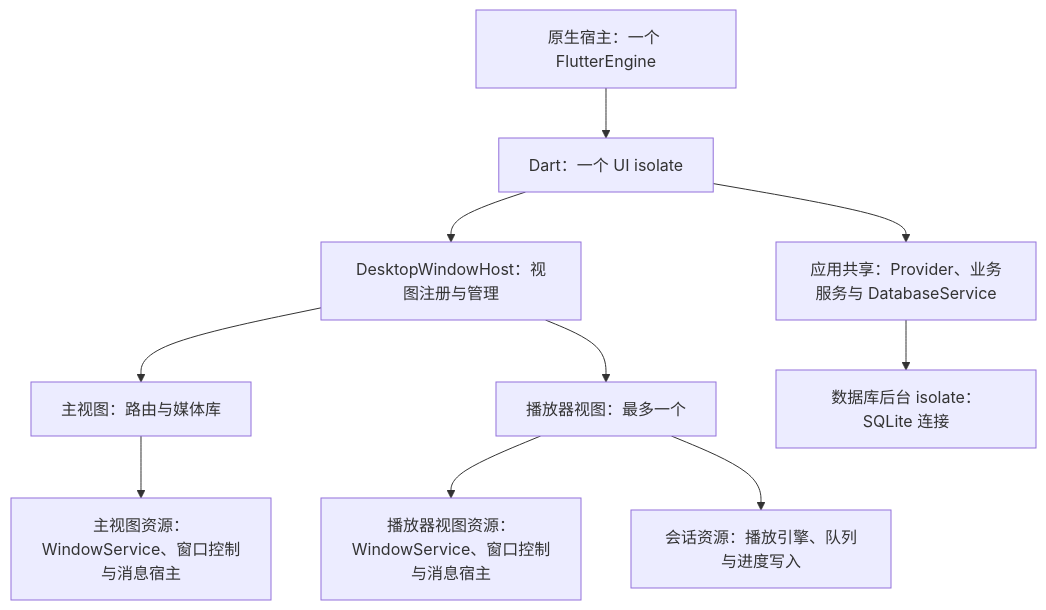
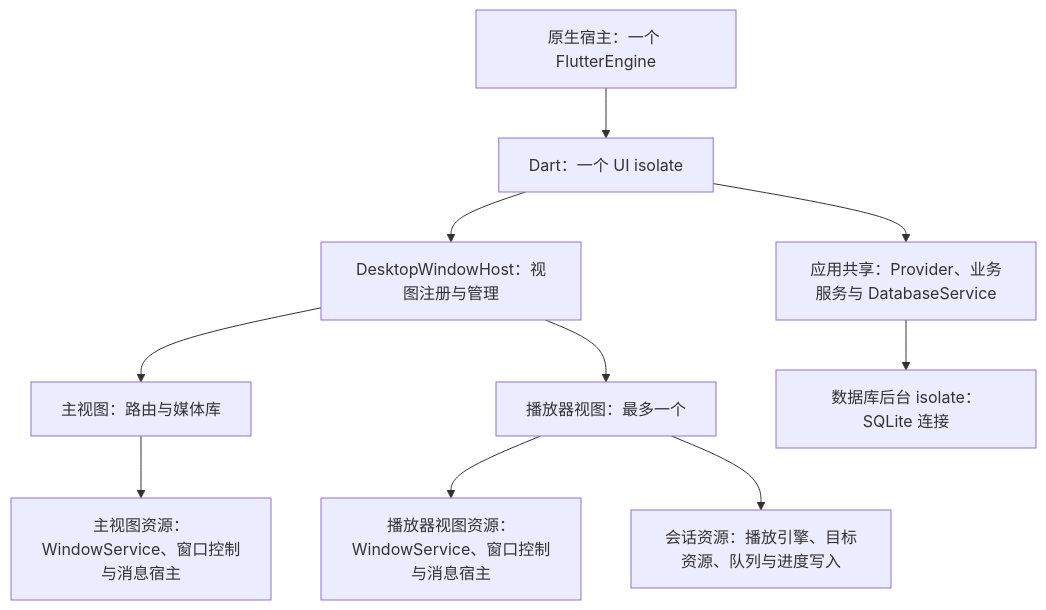
The third of 3 diagrams in docs/architecture/overview.md (sen-to/mochi_player), drawn with Mermaid before and after one commit. The commit also changed other lines of this file and 22 other files, not shown here.

Commit message:
docs: streamline architecture and development documentation

````diff
--- a/docs/architecture/overview.md
+++ b/docs/architecture/overview.md
@@ -182,12 +91,12 @@
 ```mermaid
 flowchart TB
   Native["原生宿主：一个 FlutterEngine"] --> Runtime["Dart：一个 UI isolate"]
   Runtime --> Shared["应用共享：Provider、业务服务与 DatabaseService"]
   Runtime --> Views["DesktopWindowHost：视图注册与管理"]
   Views --> Library["主视图：路由与媒体库"]
   Views --> Player["播放器视图：最多一个"]
   Shared --> DB["数据库后台 isolate：SQLite 连接"]
   Library --> LW["主视图资源：WindowService、窗口控制与消息宿主"]
   Player --> PW["播放器视图资源：WindowService、窗口控制与消息宿主"]
-  Player --> Resource["会话资源：播放引擎、队列与进度写入"]
+  Player --> Resource["会话资源：播放引擎、目标资源、队列与进度写入"]
 ```
````
